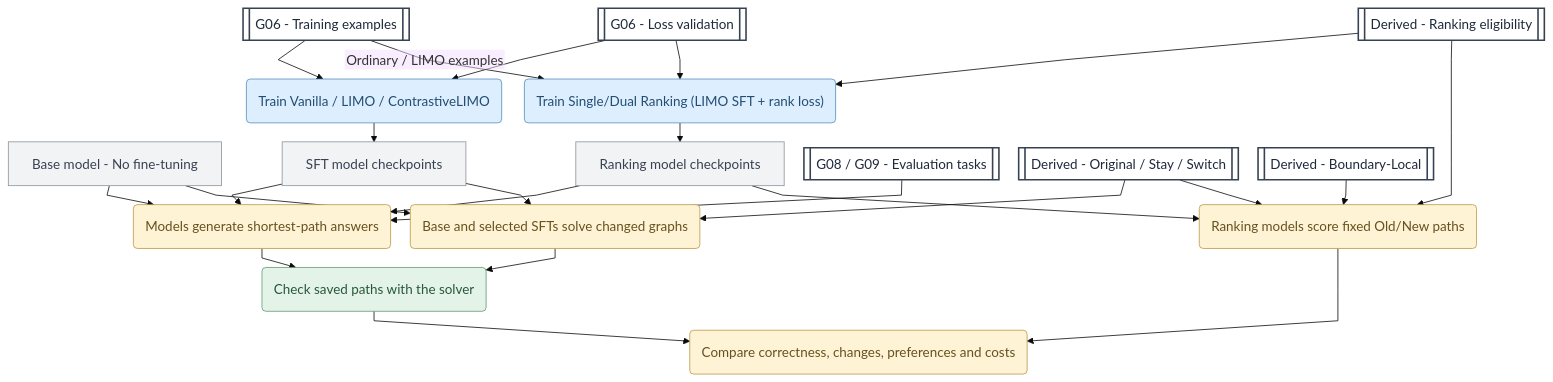
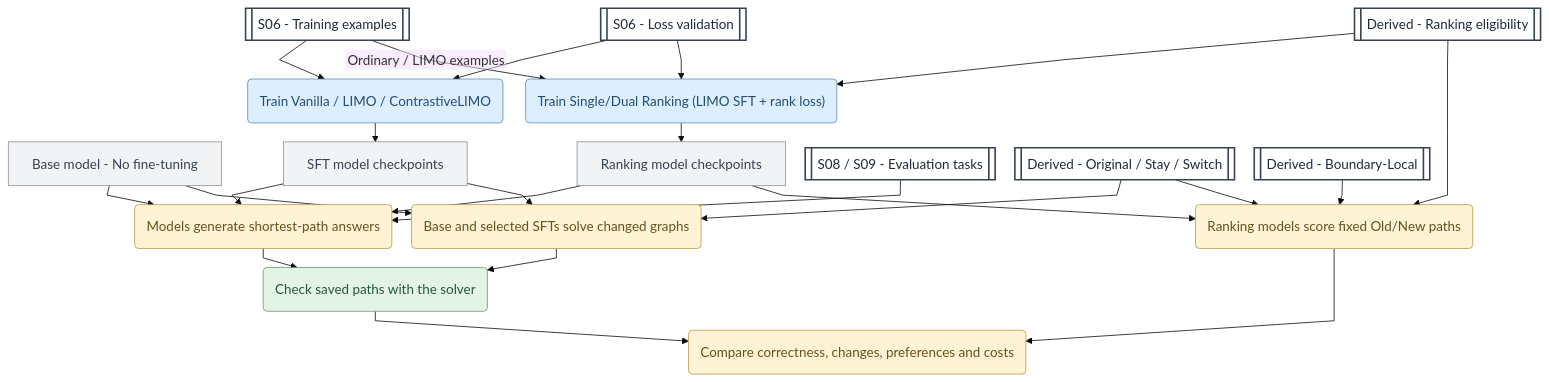
The third of 3 diagrams in README.md (MinervaCyy/PathFACT), drawn with Mermaid before and after one commit. The commit also changed other lines of this file and 9 other files, not shown here.

````diff
--- a/README.md
+++ b/README.md
@@ -249,64 +253,64 @@
 ```mermaid
 %%{init: {"theme": "base", "themeVariables": {"fontSize": "17px"}, "flowchart": {"htmlLabels": false, "curve": "linear", "nodeSpacing": 25, "rankSpacing": 24, "wrappingWidth": 440}}}%%
 flowchart TB
-    TRAIN[["G06 - Training examples"]]
-    VAL[["G06 - Loss validation"]]
+    TRAIN[["S06 - Training examples"]]
+    VAL[["S06 - Loss validation"]]
     RANK[["Derived - Ranking eligibility"]]
 
     BASE["Base model - No fine-tuning"]
     SFT("Train Vanilla / LIMO / ContrastiveLIMO")
     RTRAIN("Train Single/Dual Ranking (LIMO SFT + rank loss)")
     SFTMODEL["SFT model checkpoints"]
     RANKMODEL["Ranking model checkpoints"]
 
-    TESTS[["G08 / G09 - Evaluation tasks"]]
+    TESTS[["S08 / S09 - Evaluation tasks"]]
     CF[["Derived - Original / Stay / Switch"]]
     BOUND[["Derived - Boundary-Local"]]
 
     TASK("Models generate shortest-path answers")
     CFTEST("Base and selected SFTs solve changed graphs")
     PREF("Ranking models score fixed Old/New paths")
 
     VERIFY("Check saved paths with the solver")
     RESULTS("Compare correctness, changes, preferences and costs")
 
     TRAIN --> SFT
     VAL --> SFT
     TRAIN -->|"Ordinary / LIMO examples"| RTRAIN
     VAL --> RTRAIN
     RANK --> RTRAIN
 
     SFT --> SFTMODEL
     RTRAIN --> RANKMODEL
 
     BASE --> TASK
     SFTMODEL --> TASK
     RANKMODEL --> TASK
     TESTS --> TASK
 
     BASE --> CFTEST
     SFTMODEL --> CFTEST
     CF --> CFTEST
 
     RANKMODEL --> PREF
     RANK --> PREF
     CF --> PREF
     BOUND --> PREF
 
     TASK --> VERIFY
     CFTEST --> VERIFY
     VERIFY --> RESULTS
     PREF --> RESULTS
 
     classDef trainer fill:#DDEEFF,stroke:#558DBB,color:#234E72
     classDef evaluator fill:#FFF3D5,stroke:#BA9946,color:#66511F
     classDef verifier fill:#E3F3E8,stroke:#649773,color:#28573A
     classDef python fill:#F2F3F5,stroke:#8A929C,color:#364152
     classDef dataset fill:#FFFFFF,stroke:#364152,color:#1E293B,stroke-width:2px
 
     class SFT,RTRAIN trainer
     class TASK,CFTEST,PREF,RESULTS evaluator
     class VERIFY verifier
     class BASE,SFTMODEL,RANKMODEL python
     class TRAIN,VAL,RANK,TESTS,CF,BOUND dataset
 ```
````
